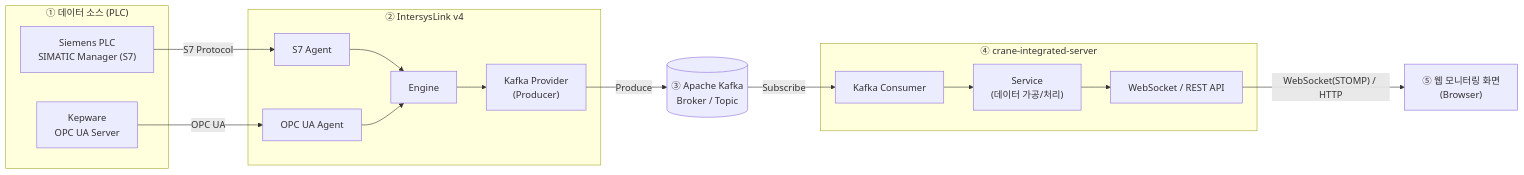
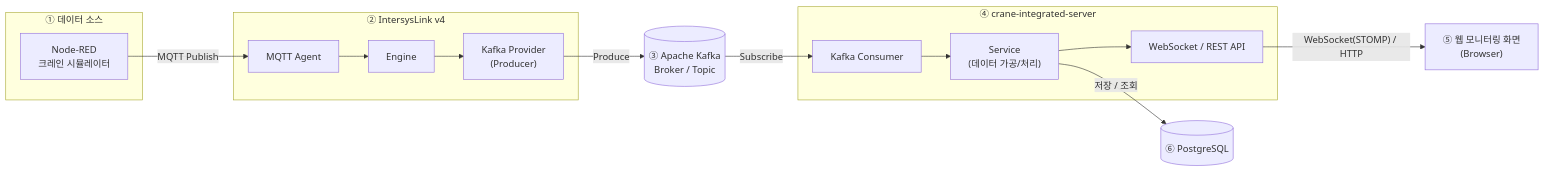
Before and after one commit to 2022024-JJM/crane-integrated-server: the diagram in README.md, drawn with Mermaid. The commit also changed other lines of this file and 1 other file, not shown here.

Commit message:
docs : 데이터 소스를 Node-RED 시뮬레이터·MQTT로 바꾸고 PostgreSQL 저장 단계 추가

````diff
--- a/README.md
+++ b/README.md
@@ -7,31 +7,29 @@
 ```mermaid
 flowchart LR
-    subgraph SRC["① 데이터 소스 (PLC)"]
-        PLC["Siemens PLC<br/>SIMATIC Manager (S7)"]
-        KEP["Kepware<br/>OPC UA Server"]
+    subgraph SRC["① 데이터 소스"]
+        NR["Node-RED<br/>크레인 시뮬레이터"]
     end
     subgraph ISL["② IntersysLink v4"]
-        S7["S7 Agent"]
-        UA["OPC UA Agent"]
+        MA["MQTT Agent"]
         ENG["Engine"]
         KP["Kafka Provider<br/>(Producer)"]
     end
     KAFKA[("③ Apache Kafka<br/>Broker / Topic")]
     subgraph SRV["④ crane-integrated-server"]
         KC["Kafka Consumer"]
         SVC["Service<br/>(데이터 가공/처리)"]
         API["WebSocket / REST API"]
     end
     WEB["⑤ 웹 모니터링 화면<br/>(Browser)"]
+    DB[("⑥ PostgreSQL")]
 
-    PLC -- S7 Protocol --> S7
-    KEP -- OPC UA --> UA
-    S7 --> ENG
-    UA --> ENG
+    NR -- MQTT Publish --> MA
+    MA --> ENG
     ENG --> KP
     KP -- Produce --> KAFKA
     KAFKA -- Subscribe --> KC
     KC --> SVC
     SVC --> API
+    SVC -- 저장 / 조회 --> DB
     API -- "WebSocket(STOMP) / HTTP" --> WEB
 ```
````
